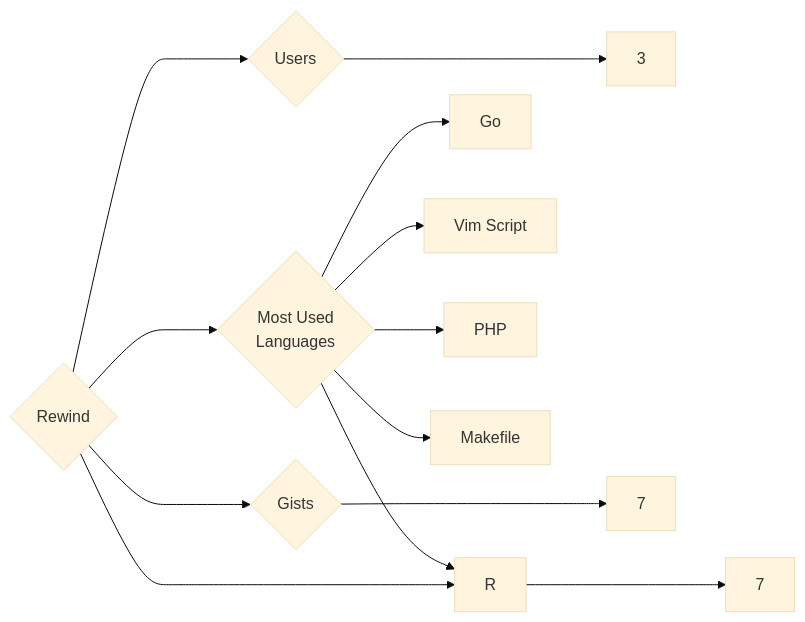
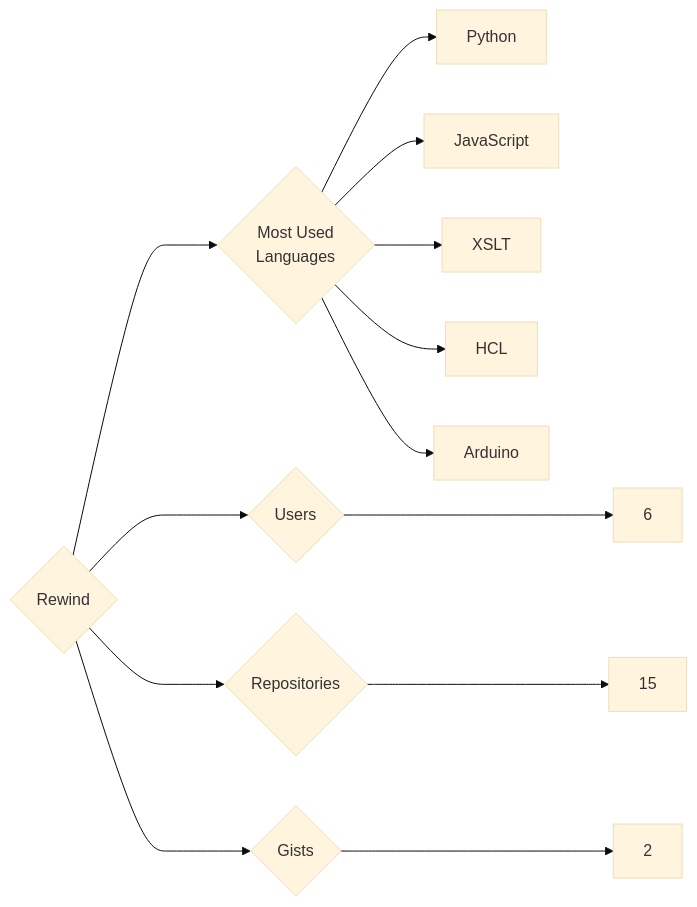
The diagram in targets/Rewind/README.md (trickest/insiders), drawn with Mermaid (base theme) before and after one commit. The commit also changed 695 other files, not shown here.

````diff
--- a/targets/Rewind/README.md
+++ b/targets/Rewind/README.md
@@ -3,13 +3,13 @@
 ```mermaid
 graph LR
 COMPANY_NAME{Rewind}
-COMPANY_NAME ---> U{Users} ---> UN[3]
-COMPANY_NAME ---> R{Repositories} ---> RN[7]
-COMPANY_NAME ---> G{Gists} ---> GN[7]
+COMPANY_NAME ---> U{Users} ---> UN[6]
+COMPANY_NAME ---> R{Repositories} ---> RN[15]
+COMPANY_NAME ---> G{Gists} ---> GN[2]
 COMPANY_NAME ---> ML{Most Used<br>Languages}
-ML --> Go[Go]
-ML --> Vim_Script[Vim Script]
-ML --> R[R]
-ML --> PHP[PHP]
-ML --> Makefile[Makefile]
+ML --> Python[Python]
+ML --> JavaScript[JavaScript]
+ML --> XSLT[XSLT]
+ML --> HCL[HCL]
+ML --> Arduino[Arduino]
 ```
````
